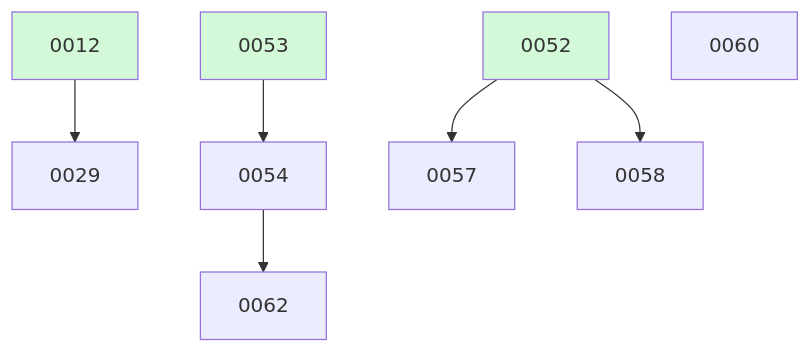
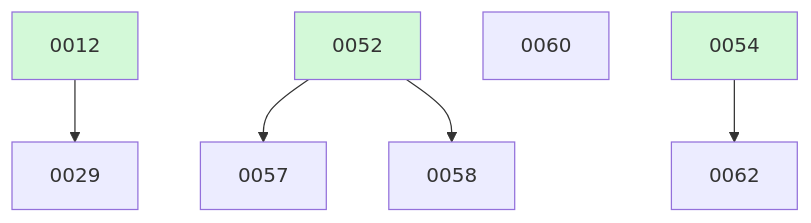
One commit to ethanhinson/fuse changed the diagram in docs/changes/BOARD.md. Above: the diagram before and after it, drawn with Mermaid. The commit also changed other lines of this file, not shown here.

````diff
--- a/docs/changes/BOARD.md
+++ b/docs/changes/BOARD.md
@@ -26,13 +20,12 @@
 ```mermaid
 graph TD
   0012 --> 0029
-  0053 --> 0054
   0052 --> 0057
   0052 --> 0058
   0060
   0054 --> 0062
   0012:::done
   0052:::done
-  0053:::done
+  0054:::done
   classDef done fill:#d3f9d8;
 ```
````
